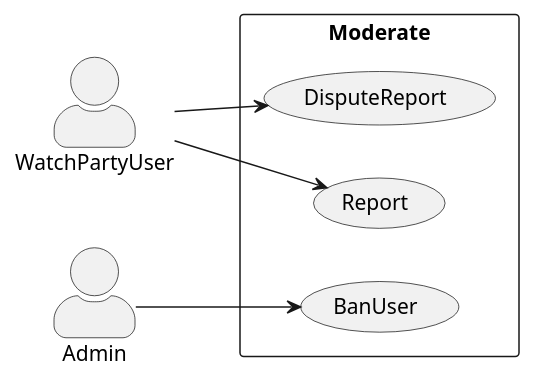
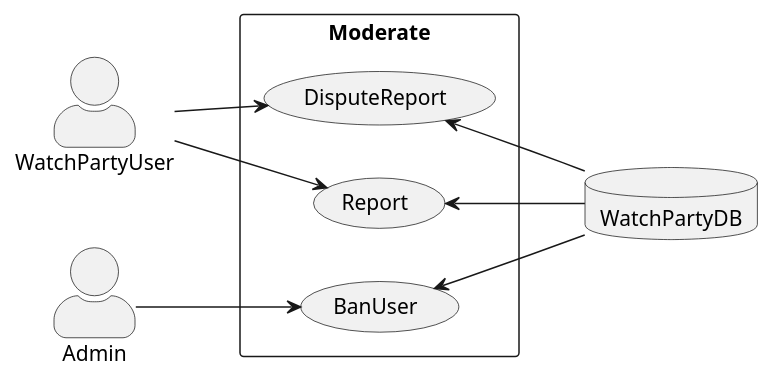
One commit to mondoyanez/SeniorProjectCaimanLizard changed the diagram in Project Inception/Usecases/Moderate/Moderate.plantuml. Above: the diagram before and after it, drawn with PlantUML. The commit also changed 2 other files, not shown here.

Commit message:
added UserAuthentication usecase and added database for previous usecases

```diff
--- a/Project Inception/Usecases/Moderate/Moderate.plantuml
+++ b/Project Inception/Usecases/Moderate/Moderate.plantuml
@@ -1,19 +1,25 @@
 @startuml WatchPartyUseCase
 
 left to right direction
 skinparam actorStyle awesome
 
 actor WatchPartyUser
 actor Admin
+database WatchPartyDB
 
 rectangle "Moderate" {
     usecase "BanUser"
     usecase "Report"
     usecase "DisputeReport"
 }
 
 Admin --> BanUser
+
 WatchPartyUser --> Report
 WatchPartyUser --> DisputeReport
 
+BanUser <-- WatchPartyDB
+Report <-- WatchPartyDB
+DisputeReport <-- WatchPartyDB
+
 @enduml
```
